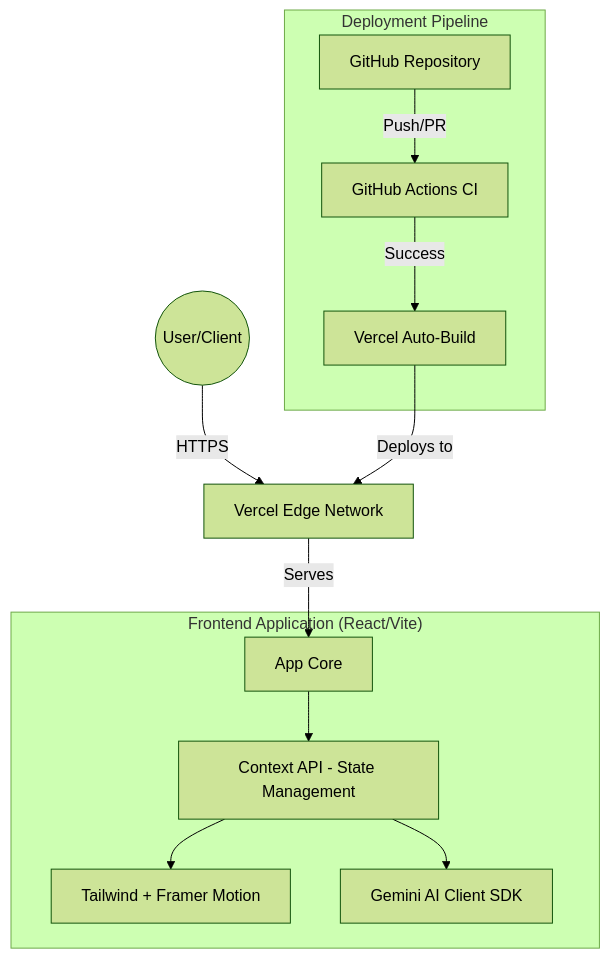
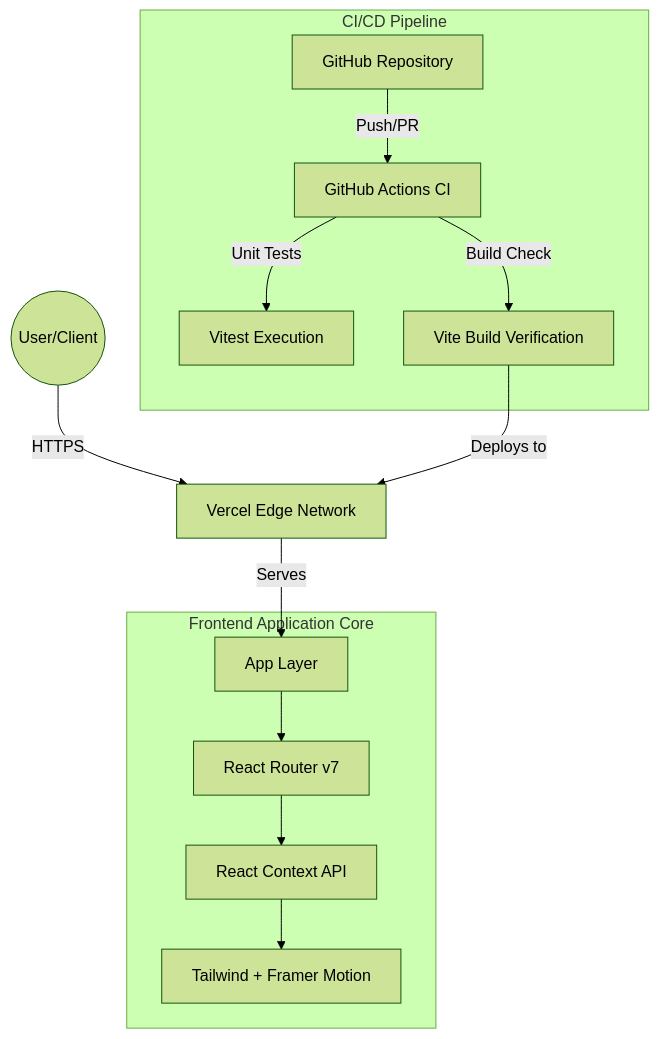
One commit to jasenalfatamaa/smart-inventory-system changed the diagram in README.md. Above: the diagram before and after it, drawn with Mermaid (forest theme). The commit also changed other lines of this file and 3 other files, not shown here.

````diff
--- a/README.md
+++ b/README.md
@@ -14,23 +14,24 @@
 ```mermaid
 graph TD
     User((User/Client)) -->|HTTPS| Vercel[Vercel Edge Network]
     
-    subgraph "Deployment Pipeline"
+    subgraph "CI/CD Pipeline"
         GitHub[GitHub Repository] -->|Push/PR| GHA[GitHub Actions CI]
-        GHA -->|Success| VercelBuild[Vercel Auto-Build]
+        GHA -->|Unit Tests| Test[Vitest Execution]
+        GHA -->|Build Check| Build[Vite Build Verification]
     end
 
-    subgraph "Frontend Application (React/Vite)"
-        App[App Core]
-        Context[Context API - State Management]
+    subgraph "Frontend Application Core"
+        App[App Layer]
+        Context[React Context API]
         UI[Tailwind + Framer Motion]
-        Gemini[Gemini AI Client SDK]
+        Router[React Router v7]
         
-        App --> Context
+        App --> Router
+        Router --> Context
         Context --> UI
-        Context --> Gemini
     end
 
-    VercelBuild -->|Deploys to| Vercel
+    Build -->|Deploys to| Vercel
     Vercel -->|Serves| App
 ```
````
